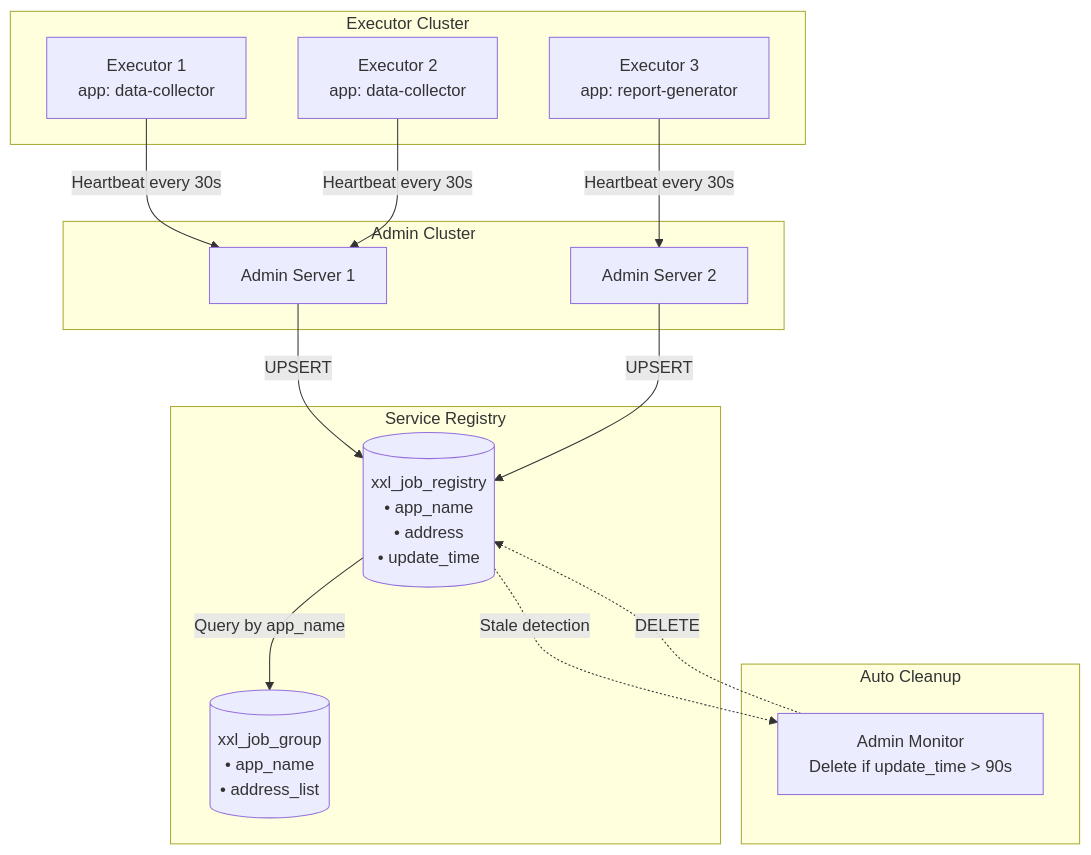
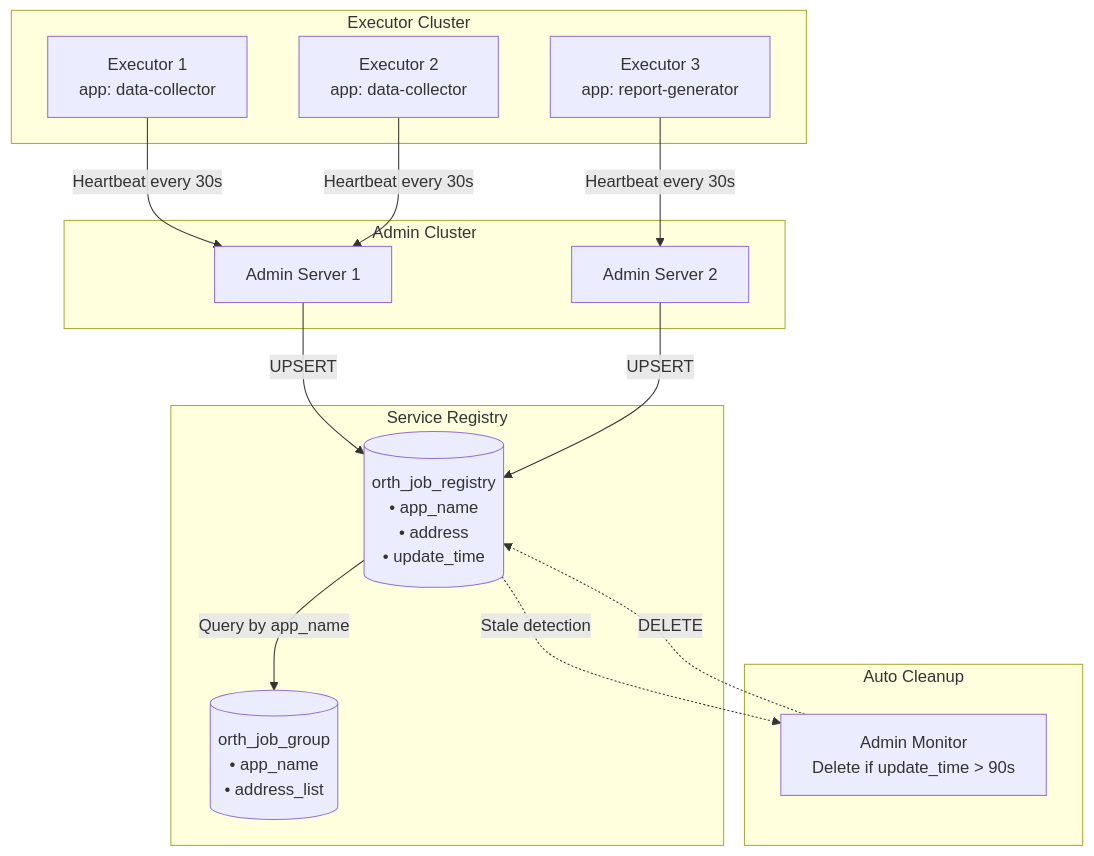
One commit to zombie12138/orth changed the first of 15 diagrams in arch/01-registry-and-discovery.md. Above: the diagram before and after it, drawn with Mermaid. The commit also changed other lines of this file and 576 other files, not shown here.

First line of the commit message:
refactor: rename xxl-job → orth across entire project

````diff
--- a/arch/01-registry-and-discovery.md
+++ b/arch/01-registry-and-discovery.md
@@ -9,35 +9,35 @@
 ```mermaid
 flowchart TB
     subgraph ExecutorCluster["Executor Cluster"]
         E1["Executor 1<br/>app: data-collector"]
         E2["Executor 2<br/>app: data-collector"]
         E3["Executor 3<br/>app: report-generator"]
     end
     
     subgraph AdminCluster["Admin Cluster"]
         A1["Admin Server 1"]
         A2["Admin Server 2"]
     end
     
     subgraph RegistryStorage["Service Registry"]
-        RT[(xxl_job_registry<br/>• app_name<br/>• address<br/>• update_time)]
+        RT[(orth_job_registry<br/>• app_name<br/>• address<br/>• update_time)]
         
-        JG[(xxl_job_group<br/>• app_name<br/>• address_list)]
+        JG[(orth_job_group<br/>• app_name<br/>• address_list)]
     end
     
     E1 -->|"Heartbeat every 30s"| A1
     E2 -->|"Heartbeat every 30s"| A1
     E3 -->|"Heartbeat every 30s"| A2
     
     A1 -->|"UPSERT"| RT
     A2 -->|"UPSERT"| RT
     
     RT -->|"Query by app_name"| JG
     
     subgraph Cleanup["Auto Cleanup"]
         Monitor["Admin Monitor<br/>Delete if update_time > 90s"]
     end
     
     RT -.->|"Stale detection"| Monitor
     Monitor -.->|"DELETE"| RT
 ```
````
